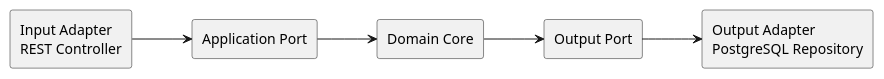
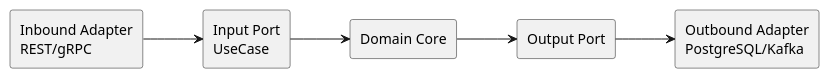
Before and after one commit to iwizy/analyst_kb: the diagram in docs/architecture/systems-architecture/hexagonal-architecture.md, drawn with PlantUML. The commit also changed other lines of this file and 30 other files, not shown here.

````diff
--- a/docs/architecture/systems-architecture/hexagonal-architecture.md
+++ b/docs/architecture/systems-architecture/hexagonal-architecture.md
@@ -17,15 +27,14 @@
 ```kroki-plantuml
 @startuml
 left to right direction
-rectangle "Input Adapter\nREST Controller" as In
-rectangle "Application Port" as PortIn
-rectangle "Domain Core" as Domain
-rectangle "Output Port" as PortOut
-rectangle "Output Adapter\nPostgreSQL Repository" as Out
-
-In --> PortIn
-PortIn --> Domain
-Domain --> PortOut
-PortOut --> Out
+rectangle "Inbound Adapter\nREST/gRPC" as IN
+rectangle "Input Port\nUseCase" as IP
+rectangle "Domain Core" as D
+rectangle "Output Port" as OP
+rectangle "Outbound Adapter\nPostgreSQL/Kafka" as OUT
+IN --> IP
+IP --> D
+D --> OP
+OP --> OUT
 @enduml
 ```
````
